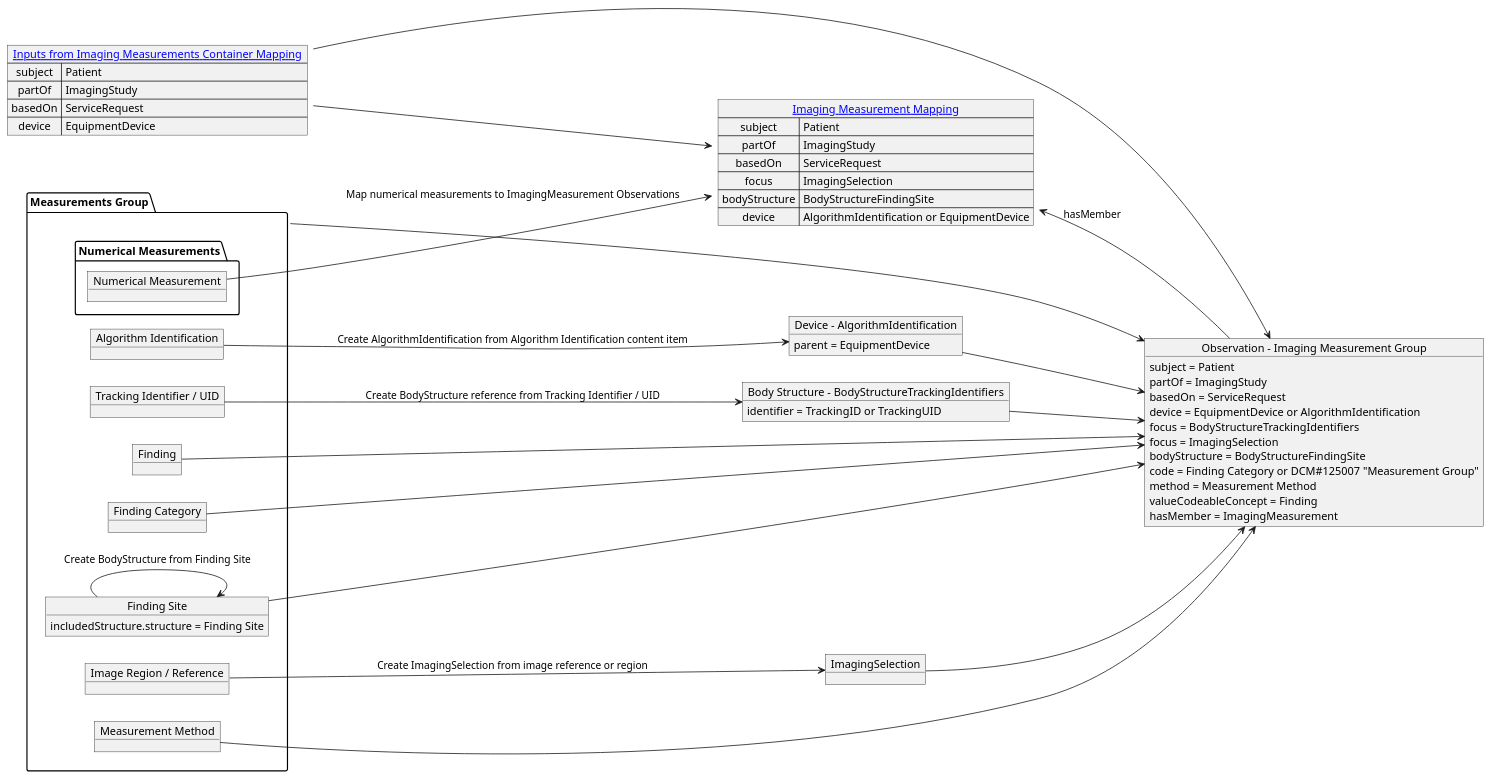
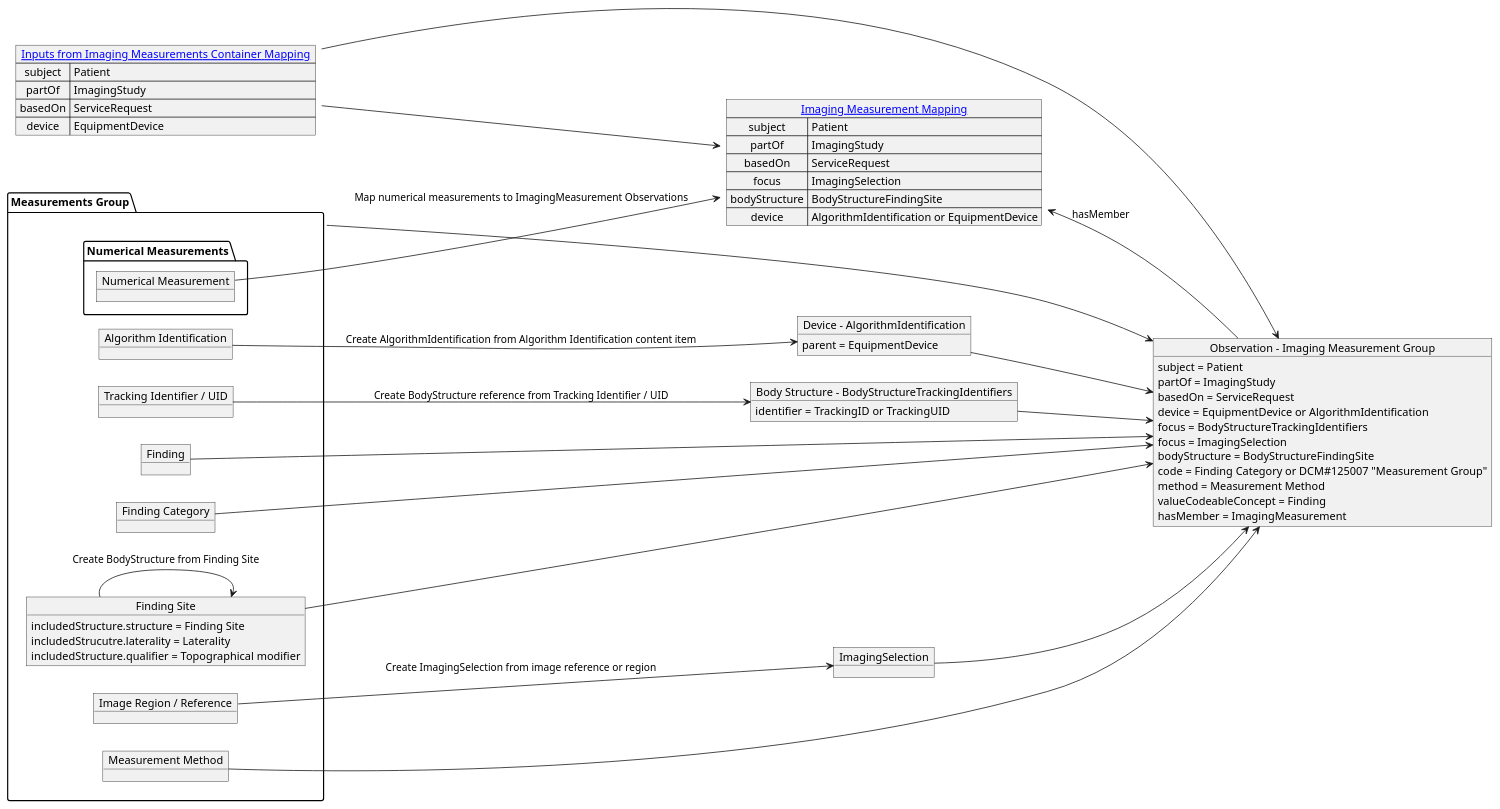
One commit to HL7/dicom-sr changed the diagram in input/images-source/4_5_imaging_measurement_group_mapping.plantuml. Above: the diagram before and after it, drawn with PlantUML. The commit also changed 4 other files, not shown here.

Commit message:
FHIR-47462 - Add topographical modifier to: -- Mapping diagram -- BodyStructure-FindingSite.fsh mapping -- ConceptMap-03-DICOMImagingMeasurementGroup.fsh

```diff
--- a/input/images-source/4_5_imaging_measurement_group_mapping.plantuml
+++ b/input/images-source/4_5_imaging_measurement_group_mapping.plantuml
@@ -1,80 +1,82 @@
 @startuml imaging_measurement_group_mapping
 left to right direction
 
 map "[[mapping.html#imaging-measurements-container-mapping Inputs from Imaging Measurements Container Mapping]]" as inputs {
    subject => Patient
    partOf => ImagingStudy
    basedOn => ServiceRequest
    device => EquipmentDevice
 }
 
 package "Measurements Group" as measurementGroup {
    object "Algorithm Identification" as algorithm
    object "Tracking Identifier / UID" as tracking
    object "Finding" as finding
    object "Finding Category" as findingCategory
    object "Finding Site" as BodyStructureFindingSite
    object "Image Region / Reference" as imageRegion
    object "Measurement Method" as method
    package "Numerical Measurements" {
     object "Numerical Measurement" as measurement
    }
 }
 
 object "Device - AlgorithmIdentification" as AlgorithmIdentification {
     parent = EquipmentDevice
 }
 
 object "Body Structure - BodyStructureTrackingIdentifiers" as TrackingBodyStructure {
     identifier = TrackingID or TrackingUID
 }
 
 object "Body Structure - BodyStructureFindingSite" as BodyStructureFindingSite {
     includedStructure.structure = Finding Site
+    includedStrucutre.laterality = Laterality
+    includedStructure.qualifier = Topographical modifier
 }
 
 object ImagingSelection 
 
 object "Observation - Imaging Measurement Group" as imagingMeasurementGroup {
     subject = Patient
     partOf = ImagingStudy
     basedOn = ServiceRequest
     device = EquipmentDevice or AlgorithmIdentification
     focus = BodyStructureTrackingIdentifiers
     focus = ImagingSelection
     bodyStructure = BodyStructureFindingSite
     code = Finding Category or DCM#125007 "Measurement Group"
     method = Measurement Method
     valueCodeableConcept = Finding
     hasMember = ImagingMeasurement
 }
 
 map "[[mapping.html#imaging-measurement-mapping Imaging Measurement Mapping]]" as imagingMeasurementMap {
     subject => Patient
     partOf => ImagingStudy
     basedOn => ServiceRequest
     focus => TrackingBodyStructure
     focus => ImagingSelection
     bodyStructure => BodyStructureFindingSite
     device => AlgorithmIdentification or EquipmentDevice
 }
 
 algorithm --> AlgorithmIdentification: Create AlgorithmIdentification from Algorithm Identification content item
 tracking --> TrackingBodyStructure: Create BodyStructure reference from Tracking Identifier / UID
 BodyStructureFindingSite --> BodyStructureFindingSite: Create BodyStructure from Finding Site
 imageRegion --> ImagingSelection: Create ImagingSelection from image reference or region
 
 inputs --> imagingMeasurementGroup
 AlgorithmIdentification --> imagingMeasurementGroup
 TrackingBodyStructure --> imagingMeasurementGroup
 finding --> imagingMeasurementGroup
 findingCategory --> imagingMeasurementGroup
 BodyStructureFindingSite --> imagingMeasurementGroup
 ImagingSelection --> imagingMeasurementGroup
 measurementGroup --> imagingMeasurementGroup
 method --> imagingMeasurementGroup
 
 inputs --> imagingMeasurementMap
 measurement --> imagingMeasurementMap: Map numerical measurements to ImagingMeasurement Observations
 imagingMeasurementMap <-- imagingMeasurementGroup: hasMember
 @enduml
```
